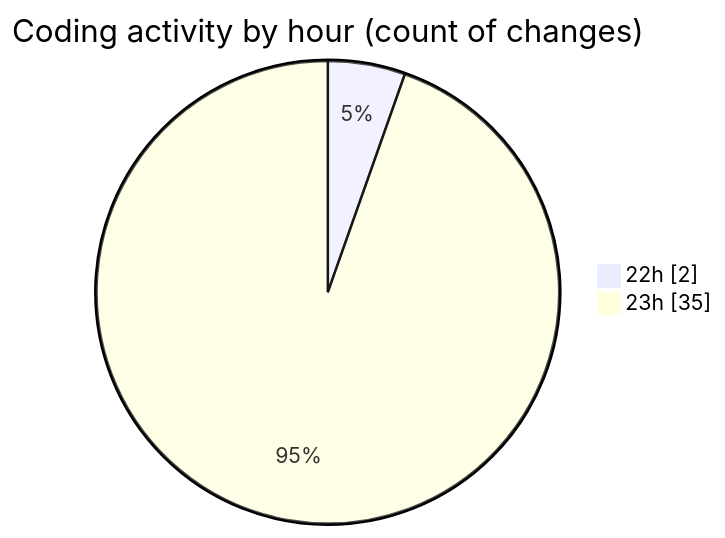
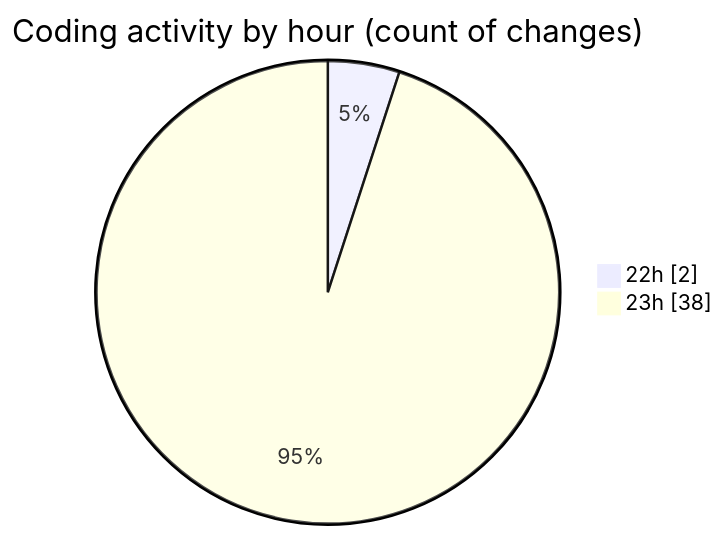
One commit to momahboobian/code-tracking changed the second of 2 diagrams in 2025-02-22/samplepdf/README.md. Above: the diagram before and after it, drawn with Mermaid. The commit also changed other lines of this file and 1 other file, not shown here.

````diff
--- a/2025-02-22/samplepdf/README.md
+++ b/2025-02-22/samplepdf/README.md
@@ -33,6 +34,6 @@
 ```mermaid
 pie showData
 title Coding activity by hour (count of changes)
 "22h" : 2
-"23h" : 35
+"23h" : 38
 ```
````
